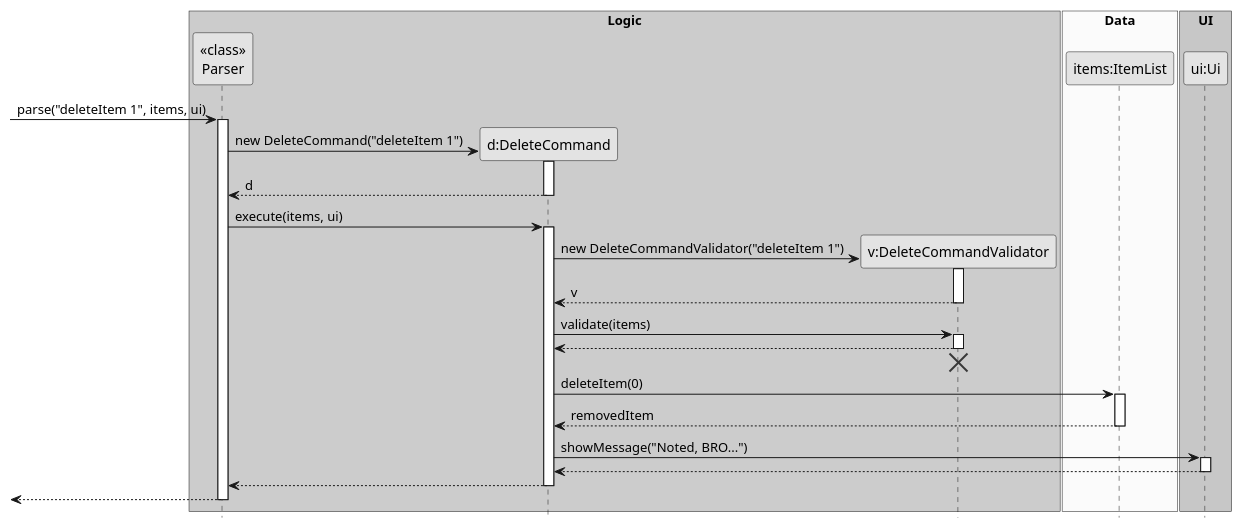
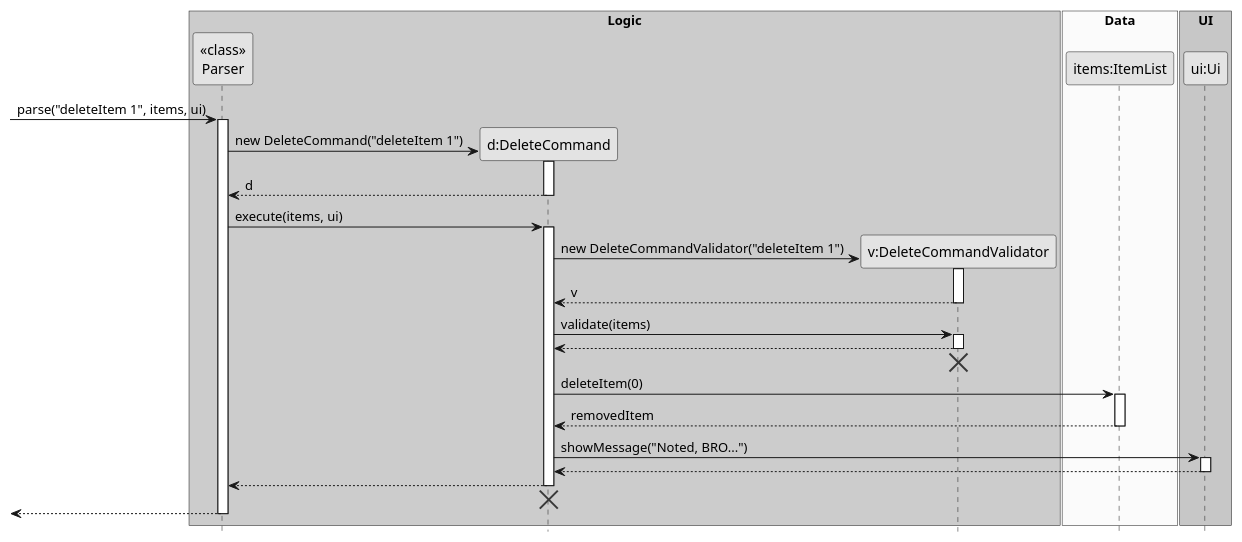
Before and after one commit to fmohamedfaras/tp: the diagram in docs/diagrams/DeleteSequenceDiagram.puml, drawn with PlantUML. The commit also changed 16 other files, not shown here.

Commit message:
Update uml sequence diagrams to DG and add activation bars to edit commands' constructors

```diff
--- a/docs/diagrams/DeleteSequenceDiagram.puml
+++ b/docs/diagrams/DeleteSequenceDiagram.puml
@@ -1,61 +1,63 @@
 @startuml
 skinparam monochrome true
 skinparam shadowing false
 hide footbox
 
 box "Logic" #LightBlue
 participant "<<class>>\nParser" as Parser
 participant "d:DeleteCommand" as DeleteCommand
 participant "v:DeleteCommandValidator" as DeleteCommandValidator
 end box
 
 box "Data" #LightYellow
 participant "items:ItemList" as ItemList
 end box
 
 box "UI" #LightGreen
 participant "ui:Ui" as Ui
 end box
 
 -> Parser : parse("deleteItem 1", items, ui)
 activate Parser
 
 create DeleteCommand
 Parser -> DeleteCommand : new DeleteCommand("deleteItem 1")
 activate DeleteCommand
 DeleteCommand --> Parser : d
 deactivate DeleteCommand
 
 Parser -> DeleteCommand : execute(items, ui)
 activate DeleteCommand
 
 create DeleteCommandValidator
 DeleteCommand -> DeleteCommandValidator : new DeleteCommandValidator("deleteItem 1")
 activate DeleteCommandValidator
 DeleteCommandValidator --> DeleteCommand : v
 deactivate DeleteCommandValidator
 
 DeleteCommand -> DeleteCommandValidator : validate(items)
 activate DeleteCommandValidator
 DeleteCommandValidator --> DeleteCommand
 deactivate DeleteCommandValidator
 DeleteCommandValidator -[hidden]-> DeleteCommand
 destroy DeleteCommandValidator
 
 DeleteCommand -> ItemList : deleteItem(0)
 activate ItemList
 ItemList --> DeleteCommand : removedItem
 deactivate ItemList
 
 DeleteCommand -> Ui : showMessage("Noted, BRO...")
 activate Ui
 Ui --> DeleteCommand
 deactivate Ui
 
 DeleteCommand --> Parser
 deactivate DeleteCommand
+DeleteCommand -[hidden]-> Parser
+destroy DeleteCommand
 
 <-- Parser
 deactivate Parser
 
 @enduml
```
